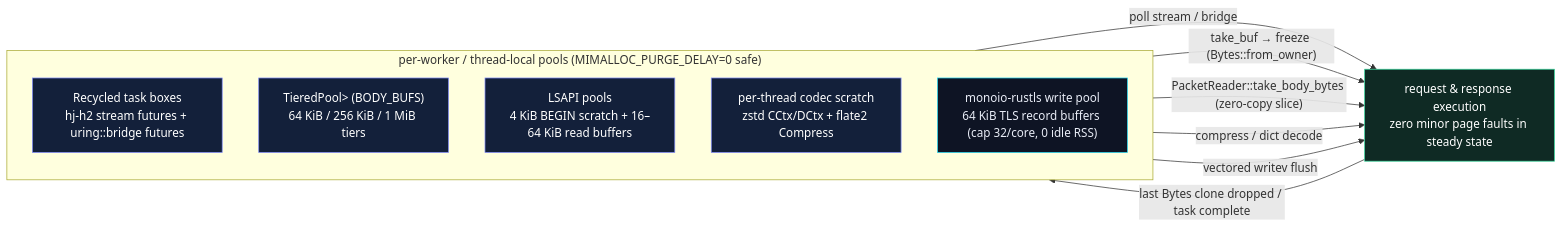
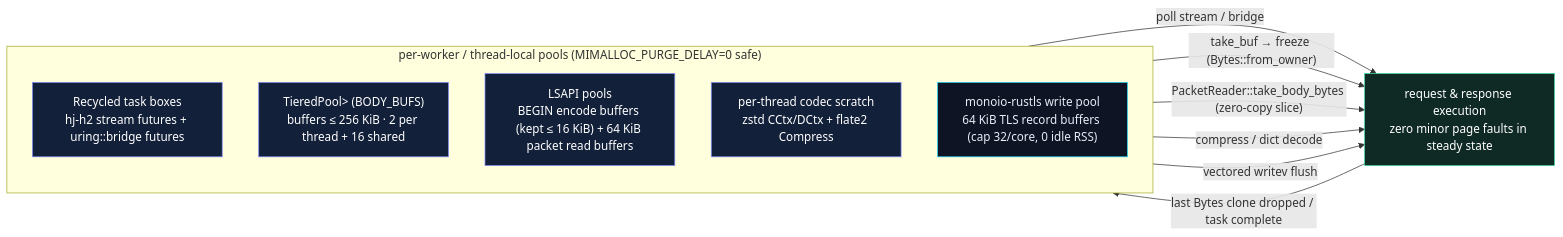
The diagram in docs-src/diagrams/recycle-pools.mmd (faratech/httpjet-site), drawn with Mermaid before and after one commit. The commit also changed 129 other files, not shown here.

```diff
--- a/docs-src/diagrams/recycle-pools.mmd
+++ b/docs-src/diagrams/recycle-pools.mmd
@@ -1,18 +1,18 @@
 flowchart LR
   classDef pool fill:#13203a,stroke:#818cf8,color:#fff
   classDef hot fill:#0f2a24,stroke:#34d399,color:#fff
   classDef tls fill:#0e1424,stroke:#22d3ee,color:#e8ecf6
   subgraph CORE ["per-worker / thread-local pools (MIMALLOC_PURGE_DELAY=0 safe)"]
     direction TB
     T1["Recycled<T> task boxes<br/>hj-h2 stream futures + uring::bridge futures"]:::pool
-    T2["TieredPool<Vec<u8>> (BODY_BUFS)<br/>64 KiB / 256 KiB / 1 MiB tiers"]:::pool
-    T3["LSAPI pools<br/>4 KiB BEGIN scratch + 16–64 KiB read buffers"]:::pool
+    T2["TieredPool<Vec<u8>> (BODY_BUFS)<br/>buffers ≤ 256 KiB · 2 per thread + 16 shared"]:::pool
+    T3["LSAPI pools<br/>BEGIN encode buffers (kept ≤ 16 KiB) + 64 KiB packet read buffers"]:::pool
     T4["per-thread codec scratch<br/>zstd CCtx/DCtx + flate2 Compress"]:::pool
     T5["monoio-rustls write pool<br/>64 KiB TLS record buffers (cap 32/core, 0 idle RSS)"]:::tls
   end
   T1 -- "poll stream / bridge" --> H["request & response execution<br/>zero minor page faults in steady state"]:::hot
   T2 -- "take_buf → freeze (Bytes::from_owner)" --> H
   T3 -- "PacketReader::take_body_bytes (zero-copy slice)" --> H
   T4 -- "compress / dict decode" --> H
   T5 -- "vectored writev flush" --> H
   H -- "last Bytes clone dropped / task complete" --> CORE
```
